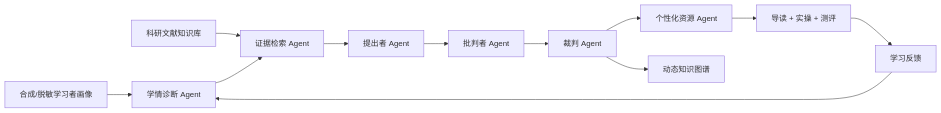
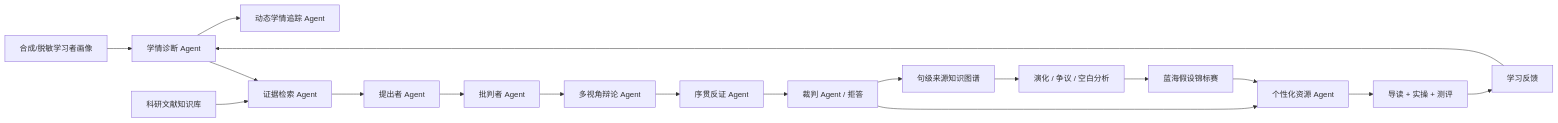
One commit to Berries06/Multi-Agent-Scholarly-Trace-demo changed the diagram in docs/02_architecture.md. Above: the diagram before and after it, drawn with Mermaid. The commit also changed other lines of this file and 46 other files, not shown here.

````diff
--- a/docs/02_architecture.md
+++ b/docs/02_architecture.md
@@ -5,14 +5,20 @@
 ```mermaid
 flowchart LR
     A["合成/脱敏学习者画像"] --> B["学情诊断 Agent"]
+    B --> BT["动态学情追踪 Agent"]
     K["科研文献知识库"] --> C["证据检索 Agent"]
     B --> C
     C --> D["提出者 Agent"]
     D --> E["批判者 Agent"]
-    E --> F["裁判 Agent"]
+    E --> DV["多视角辩论 Agent"]
+    DV --> SF["序贯反证 Agent"]
+    SF --> F["裁判 Agent / 拒答"]
     F --> G["个性化资源 Agent"]
     G --> H["导读 + 实操 + 测评"]
     H --> I["学习反馈"]
     I --> B
-    F --> J["动态知识图谱"]
+    F --> J["句级来源知识图谱"]
+    J --> TD["演化 / 争议 / 空白分析"]
+    TD --> HT["蓝海假设锦标赛"]
+    HT --> G
 ```
````
